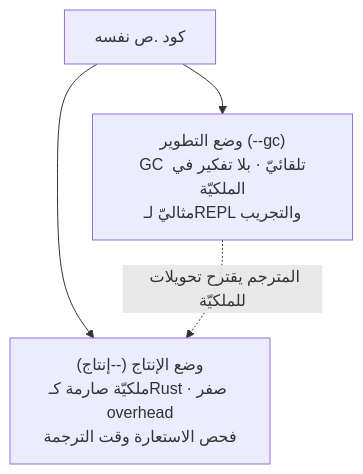
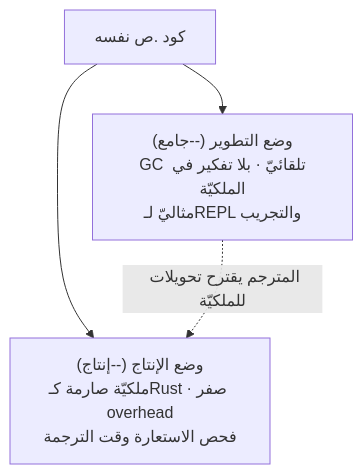
Before and after one commit to sadlang/dev-guide: the first of 4 diagrams in src/systems/memory.md, drawn with Mermaid. The commit also changed other lines of this file and 13 other files, not shown here.

````diff
--- a/src/systems/memory.md
+++ b/src/systems/memory.md
@@ -15,7 +15,7 @@
 ```mermaid
 flowchart TB
   CODE["كود .ص نفسه"]
-  CODE --> DEV["وضع التطوير (--gc)<br/>GC تلقائيّ · بلا تفكير في الملكيّة<br/>مثاليّ لـREPL والتجريب"]
+  CODE --> DEV["وضع التطوير (--جامع)<br/>GC تلقائيّ · بلا تفكير في الملكيّة<br/>مثاليّ لـREPL والتجريب"]
   CODE --> PROD["وضع الإنتاج (--إنتاج)<br/>ملكيّة صارمة كـRust · صفر overhead<br/>فحص الاستعارة وقت الترجمة"]
   DEV -. "المترجم يقترح تحويلات للملكيّة" .-> PROD
 ```
````
